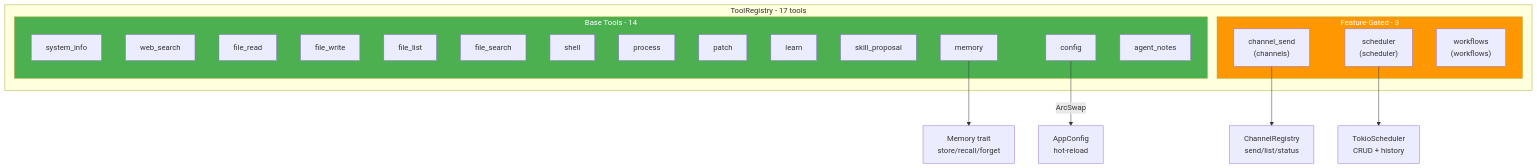
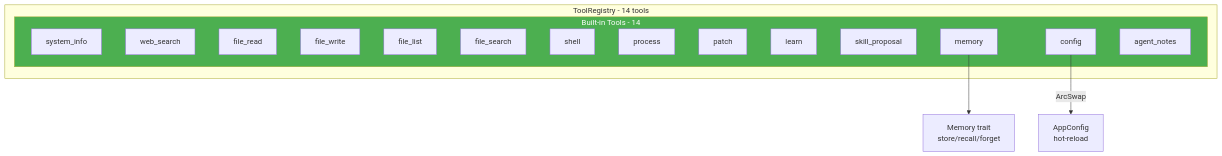
Diagram 18 of 31 in docs-site/docs/architecture.md (sprklai/zenii), drawn with Mermaid before and after one commit. The commit also changed other lines of this file and 36 other files, not shown here.

````diff
--- a/docs-site/docs/architecture.md
+++ b/docs-site/docs/architecture.md
@@ -1264,34 +1277,26 @@
 ```mermaid
 graph TD
-    subgraph ToolRegistry["ToolRegistry - 17 tools"]
-        subgraph Base["Base Tools - 14"]
+    subgraph ToolRegistry["ToolRegistry - 14 tools"]
+        subgraph Base["Built-in Tools - 14"]
             SysInfo[system_info]
             WebSearch[web_search]
             FileR[file_read]
             FileW[file_write]
             FileL[file_list]
             FileS[file_search]
             Shell[shell]
             Process[process]
             Patch[patch]
             Learn[learn]
             SkillP[skill_proposal]
             MemT[memory]
             ConfigT[config]
             AgentSelf["agent_notes"]
         end
-        subgraph FeatureGated["Feature-Gated - 3"]
-            ChanSend["channel_send<br>#40;channels#41;"]
-            SchedT["scheduler<br>#40;scheduler#41;"]
-            WorkflowT["workflows<br>#40;workflows#41;"]
-        end
     end
 
     ConfigT -->|ArcSwap| Config["AppConfig<br>hot-reload"]
     MemT --> Memory["Memory trait<br>store/recall/forget"]
-    ChanSend --> ChanReg["ChannelRegistry<br>send/list/status"]
-    SchedT --> Sched["TokioScheduler<br>CRUD + history"]
 
     style Base fill:#4CAF50,color:#fff
-    style FeatureGated fill:#FF9800,color:#fff
 ```
````
